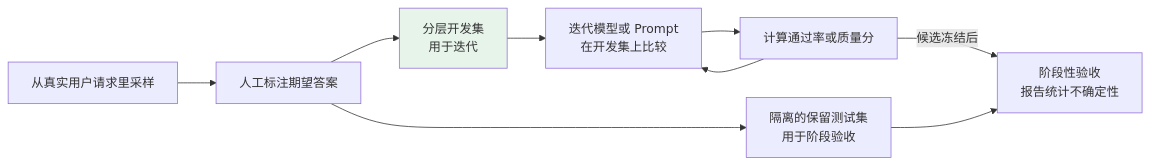
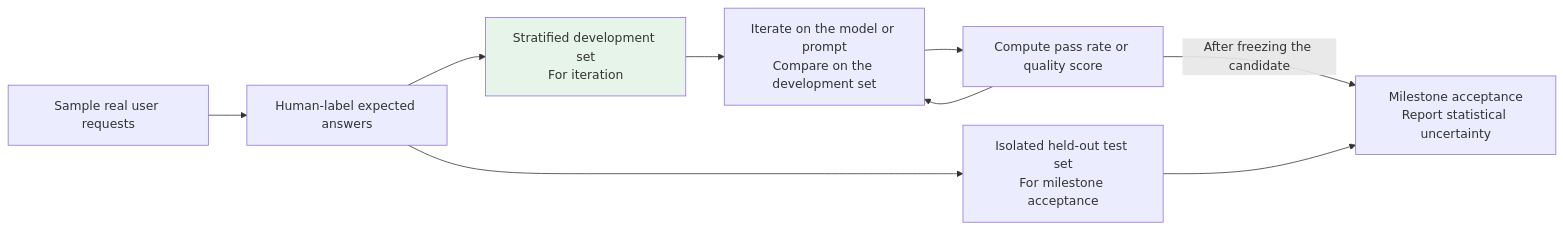
The second of 2 diagrams in docs/llm/05-evaluation-selection/21-evaluation-metrics.md (oneleaveknowsthefall/awesome-ai-roadmap), drawn with Mermaid before and after one commit. The commit also changed other lines of this file and 92 other files, not shown here.

````diff
--- a/docs/llm/05-evaluation-selection/21-evaluation-metrics.md
+++ b/docs/llm/05-evaluation-selection/21-evaluation-metrics.md
@@ -94,13 +94,13 @@
 ```mermaid
 flowchart LR
-    A["从真实用户请求里采样"] --> B["人工标注期望答案"]
-    B --> C["分层开发集<br/>用于迭代"]
-    B --> H["隔离的保留测试集<br/>用于阶段验收"]
-    C --> D["迭代模型或 Prompt<br/>在开发集上比较"]
-    D --> E["计算通过率或质量分"]
+    A["Sample real user requests"] --> B["Human-label expected answers"]
+    B --> C["Stratified development set<br/>For iteration"]
+    B --> H["Isolated held-out test set<br/>For milestone acceptance"]
+    C --> D["Iterate on the model or prompt<br/>Compare on the development set"]
+    D --> E["Compute pass rate or quality score"]
     E --> D
-    E -->|候选冻结后| F["阶段性验收<br/>报告统计不确定性"]
+    E -->|After freezing the candidate| F["Milestone acceptance<br/>Report statistical uncertainty"]
     H --> F
 
     style C fill:#e6f4ea
 ```
````
